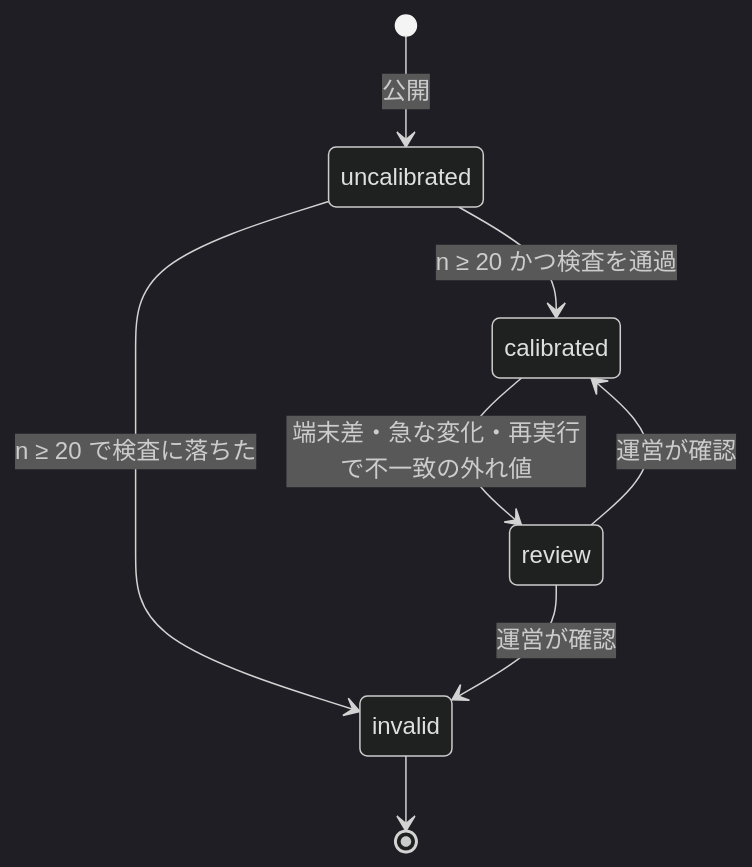
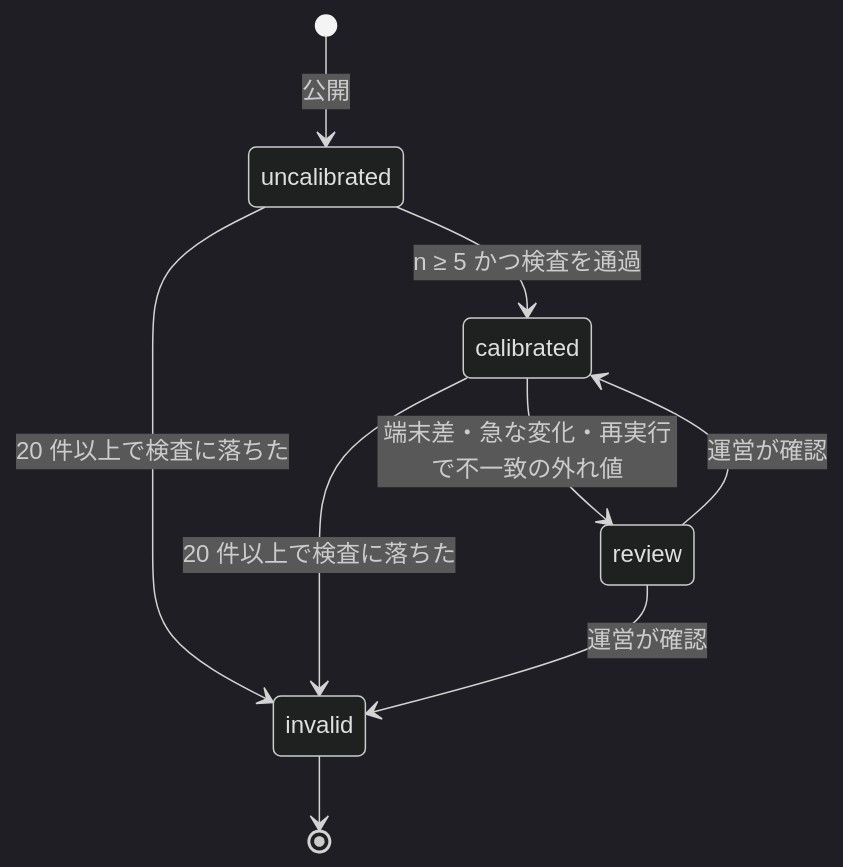
Before and after one commit to SakumaTakuya/gamefeed: the diagram in docs/scoring.md, drawn with Mermaid (dark theme). The commit also changed other lines of this file and 9 other files, not shown here.

First line of the commit message:
spec: 校正を 5 件に、作者のランでの結果を分布に入れる。invalid は 20 件のままで calibrated からも進む (product#5.3, product#9, sc#A.4, sc#A.7, #242) (#245)

````diff
--- a/docs/scoring.md
+++ b/docs/scoring.md
@@ -131,10 +133,11 @@
 ```mermaid
 stateDiagram-v2
     [*] --> uncalibrated: 公開
-    uncalibrated --> calibrated: n ≥ 20 かつ検査を通過
-    uncalibrated --> invalid: n ≥ 20 で検査に落ちた
+    uncalibrated --> calibrated: n ≥ 5 かつ検査を通過
+    uncalibrated --> invalid: 20 件以上で検査に落ちた
+    calibrated --> invalid: 20 件以上で検査に落ちた
     calibrated --> review: 端末差・急な変化・再実行で不一致の外れ値
     review --> calibrated: 運営が確認
     review --> invalid: 運営が確認
     invalid --> [*]
 ```
````
